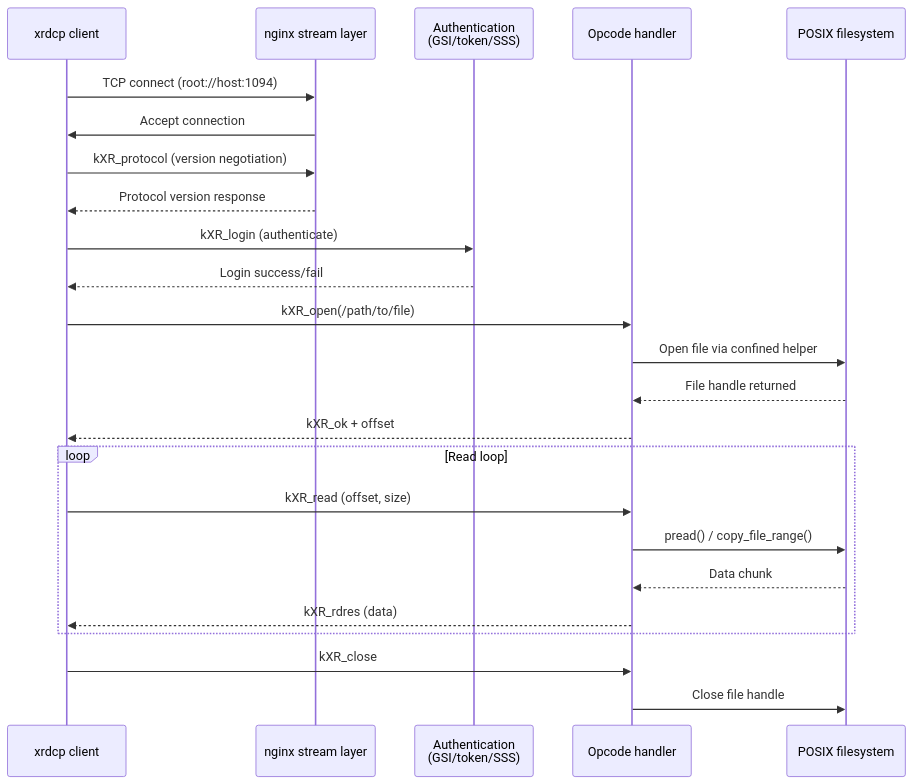
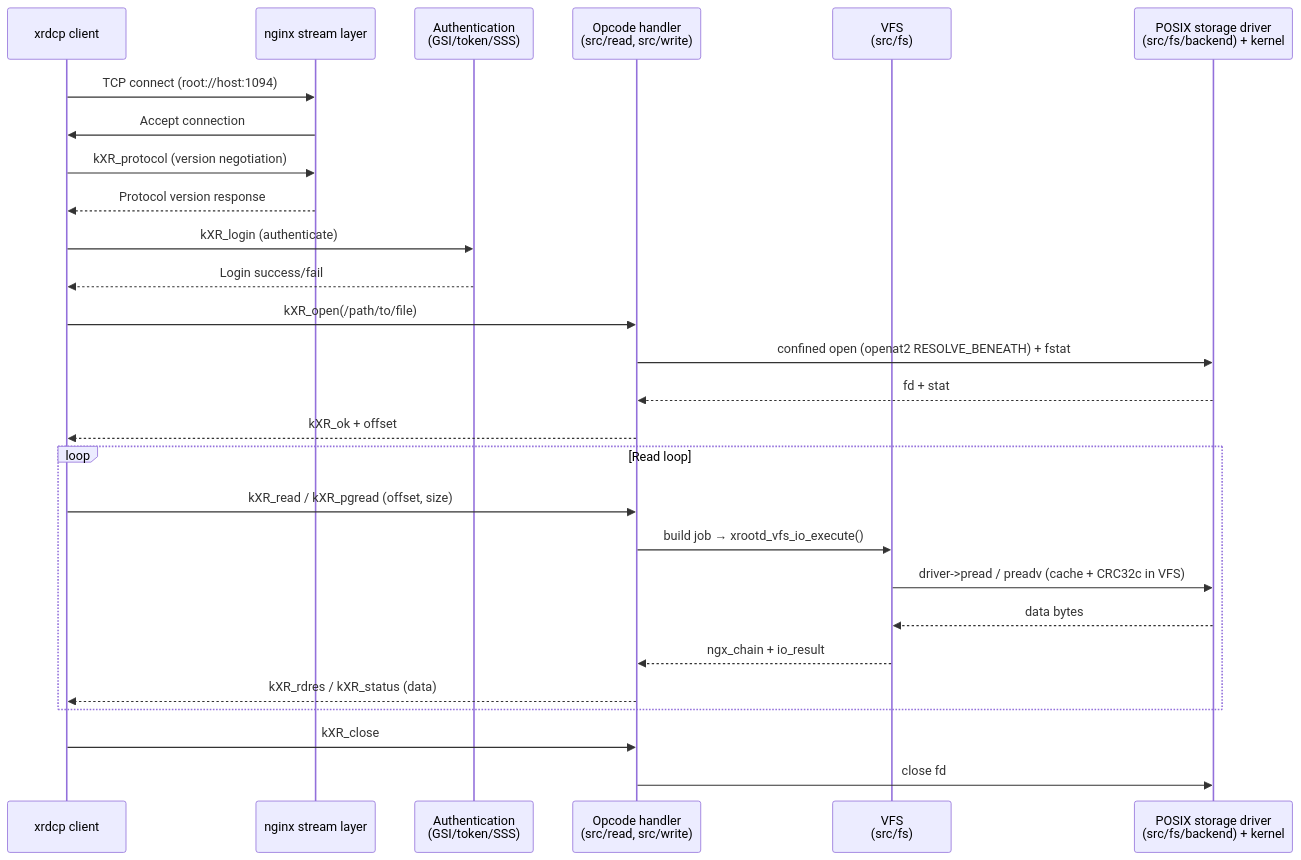
One commit to rob-c/brix-cache changed the fourth of 6 diagrams in docs/10-architecture/overview.md. Above: the diagram before and after it, drawn with Mermaid. The commit also changed other lines of this file and 345 other files, not shown here.

````diff
--- a/docs/10-architecture/overview.md
+++ b/docs/10-architecture/overview.md
@@ -128,27 +195,30 @@
 ```mermaid
 sequenceDiagram
     participant Client as xrdcp client
     participant TCP as nginx stream layer
     participant Auth as Authentication<br/>(GSI/token/SSS)
-    participant Ops as Opcode handler
-    participant Disk as POSIX filesystem
+    participant Ops as Opcode handler<br/>(src/read, src/write)
+    participant VFS as VFS<br/>(src/fs)
+    participant SD as POSIX storage driver<br/>(src/fs/backend) + kernel
     
     Client->>TCP: TCP connect (root://host:1094)
     TCP->>Client: Accept connection
     Client->>TCP: kXR_protocol (version negotiation)
     TCP-->>Client: Protocol version response
     Client->>Auth: kXR_login (authenticate)
     Auth-->>Client: Login success/fail
     Client->>Ops: kXR_open(/path/to/file)
-    Ops->>Disk: Open file via confined helper
-    Disk-->>Ops: File handle returned
+    Ops->>SD: confined open (openat2 RESOLVE_BENEATH) + fstat
+    SD-->>Ops: fd + stat
     Ops-->>Client: kXR_ok + offset
     loop Read loop
-        Client->>Ops: kXR_read (offset, size)
-        Ops->>Disk: pread() / copy_file_range()
-        Disk-->>Ops: Data chunk
-        Ops-->>Client: kXR_rdres (data)
+        Client->>Ops: kXR_read / kXR_pgread (offset, size)
+        Ops->>VFS: build job → xrootd_vfs_io_execute()
+        VFS->>SD: driver->pread / preadv (cache + CRC32c in VFS)
+        SD-->>VFS: data bytes
+        VFS-->>Ops: ngx_chain + io_result
+        Ops-->>Client: kXR_rdres / kXR_status (data)
     end
     Client->>Ops: kXR_close
-    Ops->>Disk: Close file handle
+    Ops->>SD: close fd
 ```
````
